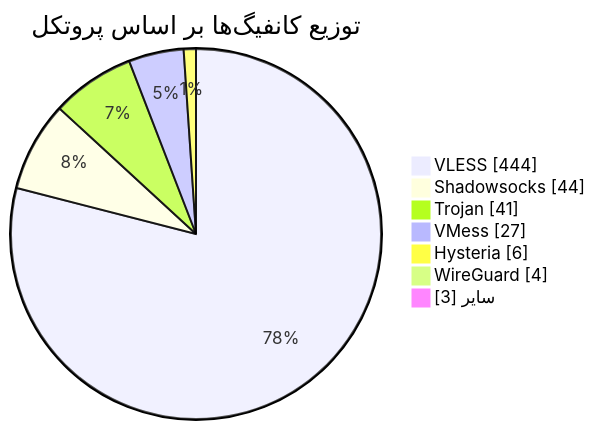
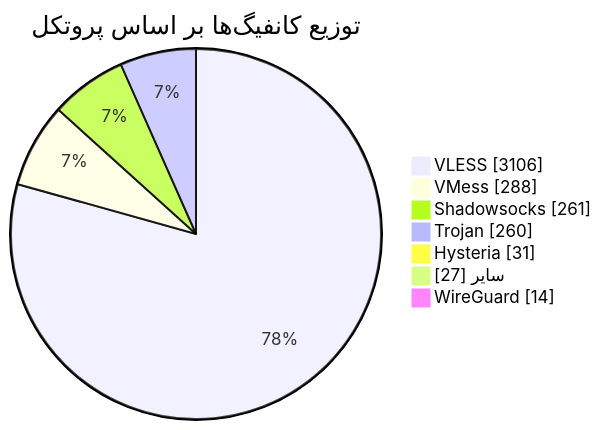
The diagram in README.md (Arian-Alijani/Somthing), drawn with Mermaid before and after one commit. The commit also changed other lines of this file and 21 other files, not shown here.

````diff
--- a/README.md
+++ b/README.md
@@ -49,11 +49,11 @@
 ```mermaid
 pie showData
     title توزیع کانفیگ‌ها بر اساس پروتکل
-    "VLESS" : 444
-    "Shadowsocks" : 44
-    "Trojan" : 41
-    "VMess" : 27
-    "Hysteria" : 6
-    "WireGuard" : 4
-    "سایر" : 3
+    "VLESS" : 3106
+    "VMess" : 288
+    "Shadowsocks" : 261
+    "Trojan" : 260
+    "Hysteria" : 31
+    "سایر" : 27
+    "WireGuard" : 14
 ```
````
